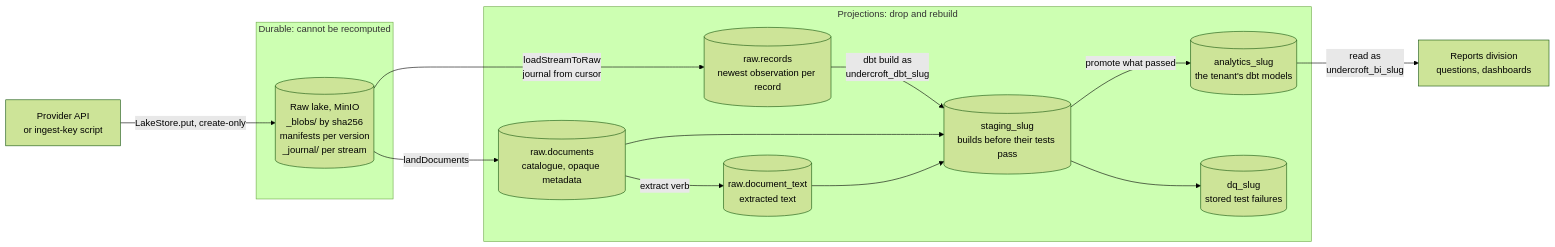
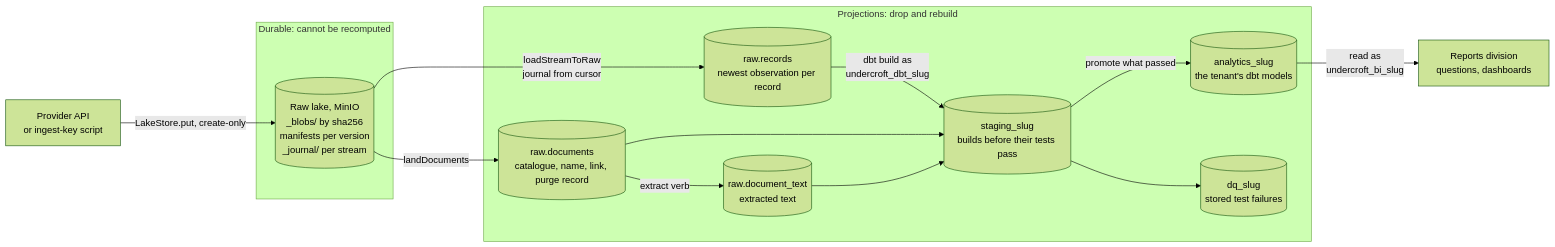
The first of 15 diagrams in docs/architecture.md (muitneliss/undercroft), drawn with Mermaid (forest theme) before and after one commit. The commit also changed other lines of this file and 57 other files, not shown here.

First line of the commit message:
feat(documents): purge a document's bytes once extraction has had its go, keeping its name and link (ADR 0161) (#551)

````diff
--- a/docs/architecture.md
+++ b/docs/architecture.md
@@ -33,27 +33,27 @@
 ```mermaid
 flowchart LR
     src["Provider API<br/>or ingest-key script"]
     subgraph durable["Durable: cannot be recomputed"]
         lake[("Raw lake, MinIO<br/>_blobs/ by sha256<br/>manifests per version<br/>_journal/ per stream")]
     end
     subgraph projection["Projections: drop and rebuild"]
         records[("raw.records<br/>newest observation per record")]
-        docs[("raw.documents<br/>catalogue, opaque metadata")]
+        docs[("raw.documents<br/>catalogue, name, link, purge record")]
         text[("raw.document_text<br/>extracted text")]
         analytics[("analytics_slug<br/>the tenant's dbt models")]
         dq[("dq_slug<br/>stored test failures")]
         staging[("staging_slug<br/>builds before their tests pass")]
     end
     reports["Reports division<br/>questions, dashboards"]
 
     src -->|"LakeStore.put, create-only"| lake
     lake -->|"loadStreamToRaw<br/>journal from cursor"| records
     lake -->|"landDocuments"| docs
     docs -->|"extract verb"| text
     records -->|"dbt build as<br/>undercroft_dbt_slug"| staging
     staging -->|"promote what passed"| analytics
     docs --> staging
     text --> staging
     staging --> dq
     analytics -->|"read as<br/>undercroft_bi_slug"| reports
 ```
````
